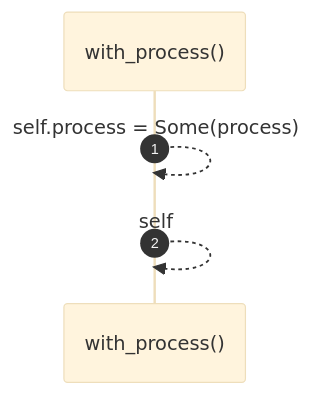
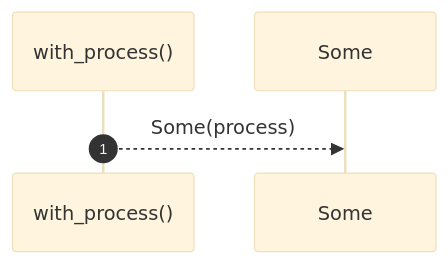
One commit to RyanGuild/self-describing-code changed the sixth of 8 diagrams in docs/self-model/robby_ir/model/impl-node.md. Above: the diagram before and after it, drawn with Mermaid (base theme). The commit also changed other lines of this file and 1404 other files, not shown here.

````diff
--- a/docs/self-model/robby_ir/model/impl-node.md
+++ b/docs/self-model/robby_ir/model/impl-node.md
@@ -202,7 +286,7 @@
 ```mermaid
 sequenceDiagram
     autonumber
     participant with_process as with_process()
-    with_process-->>with_process: self.process = Some(process)
-    with_process-->>with_process: self
+    participant Some as Some
+    with_process-->>Some: Some(process)
 ```
````
